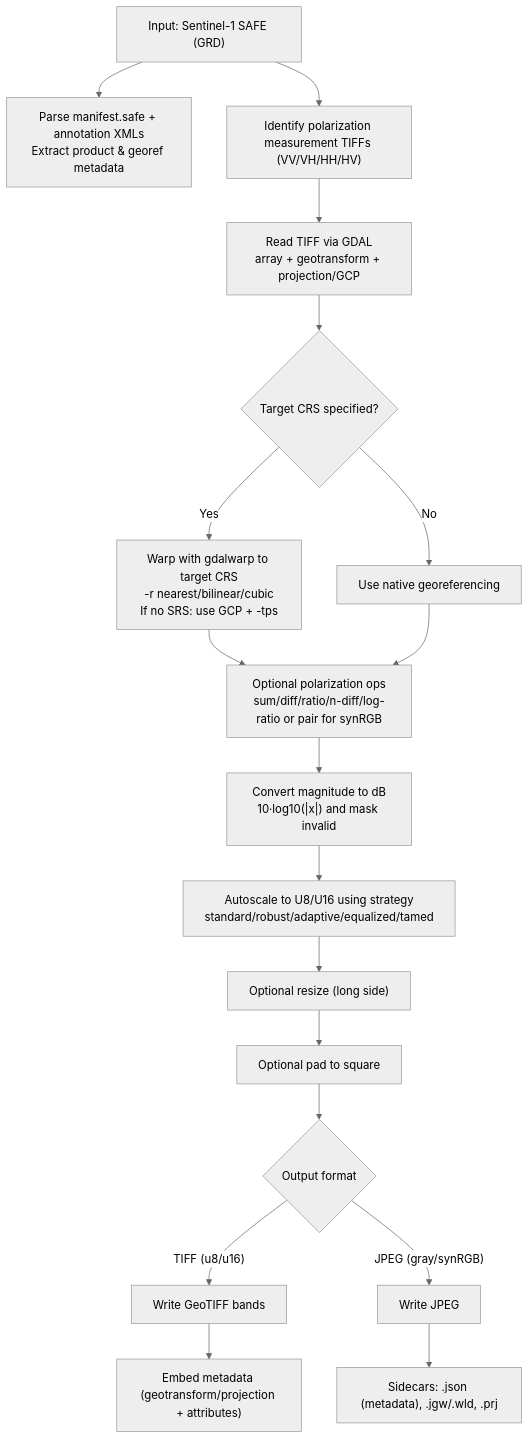
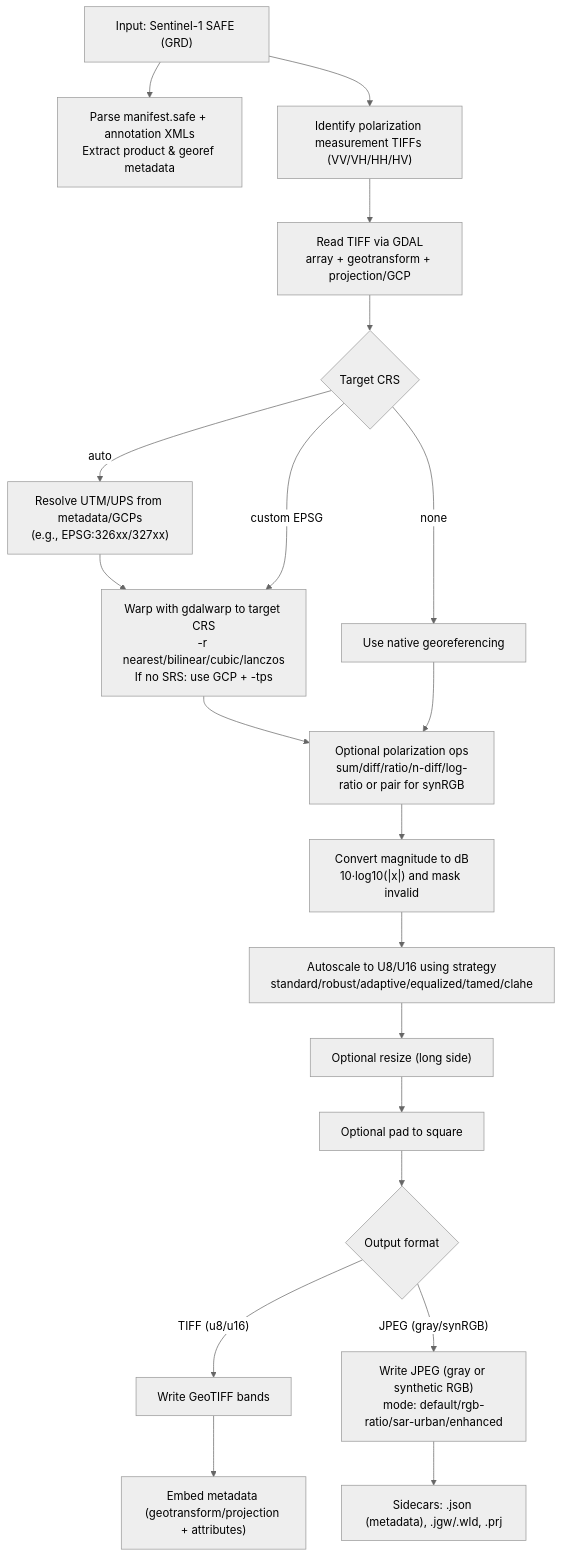
One commit to bogwi/sarpro changed the diagram in README.md. Above: the diagram before and after it, drawn with Mermaid (neutral theme). The commit also changed other lines of this file and 9 other files, not shown here.

Commit message:
consolidate(finalize): 0.3.0  align README/lib docs with API, defaults, and roadmap readiness

````diff
--- a/README.md
+++ b/README.md
@@ -442,20 +461,21 @@
 ```mermaid
 flowchart TB
   A["Input: Sentinel-1 SAFE (GRD)"] --> B["Parse manifest.safe + annotation XMLs\nExtract product & georef metadata"]
   A --> C["Identify polarization measurement TIFFs (VV/VH/HH/HV)"]
   C --> D["Read TIFF via GDAL\narray + geotransform + projection/GCP"]
-  D --> E{"Target CRS specified?"}
-  E -- "Yes" --> F["Warp with gdalwarp to target CRS\n-r nearest/bilinear/cubic\nIf no SRS: use GCP + -tps"]
-  E -- "No" --> G["Use native georeferencing"]
+  D --> E{"Target CRS"}
+  E -- "none" --> G["Use native georeferencing"]
+  E -- "auto" --> Ea["Resolve UTM/UPS from metadata/GCPs\n(e.g., EPSG:326xx/327xx)"] --> F["Warp with gdalwarp to target CRS\n-r nearest/bilinear/cubic/lanczos\nIf no SRS: use GCP + -tps"]
+  E -- "custom EPSG" --> F
   F --> H["Optional polarization ops\nsum/diff/ratio/n-diff/log-ratio or pair for synRGB"]
   G --> H
   H --> I["Convert magnitude to dB\n10·log10(|x|) and mask invalid"]
-  I --> J["Autoscale to U8/U16 using strategy\nstandard/robust/adaptive/equalized/tamed"]
+  I --> J["Autoscale to U8/U16 using strategy\nstandard/robust/adaptive/equalized/tamed/clahe"]
   J --> K["Optional resize (long side)"]
   K --> L["Optional pad to square"]
   L --> M{"Output format"}
   M -- "TIFF (u8/u16)" --> N["Write GeoTIFF bands"]
   N --> O["Embed metadata (geotransform/projection + attributes)"]
-  M -- "JPEG (gray/synRGB)" --> P["Write JPEG"]
+  M -- "JPEG (gray/synRGB)" --> P["Write JPEG (gray or synthetic RGB)\nmode: default/rgb-ratio/sar-urban/enhanced"]
   P --> Q["Sidecars: .json (metadata), .jgw/.wld, .prj"]
 ```
````
